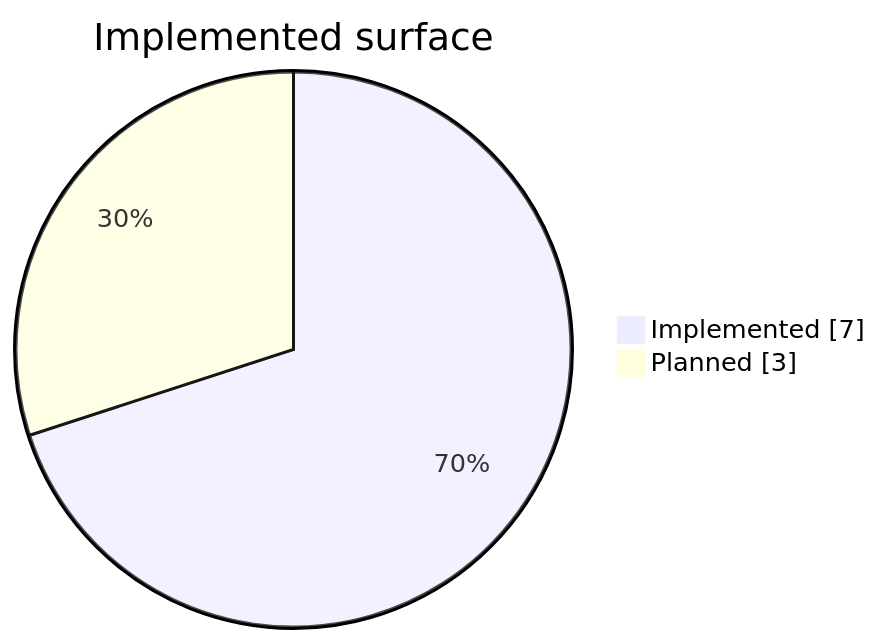
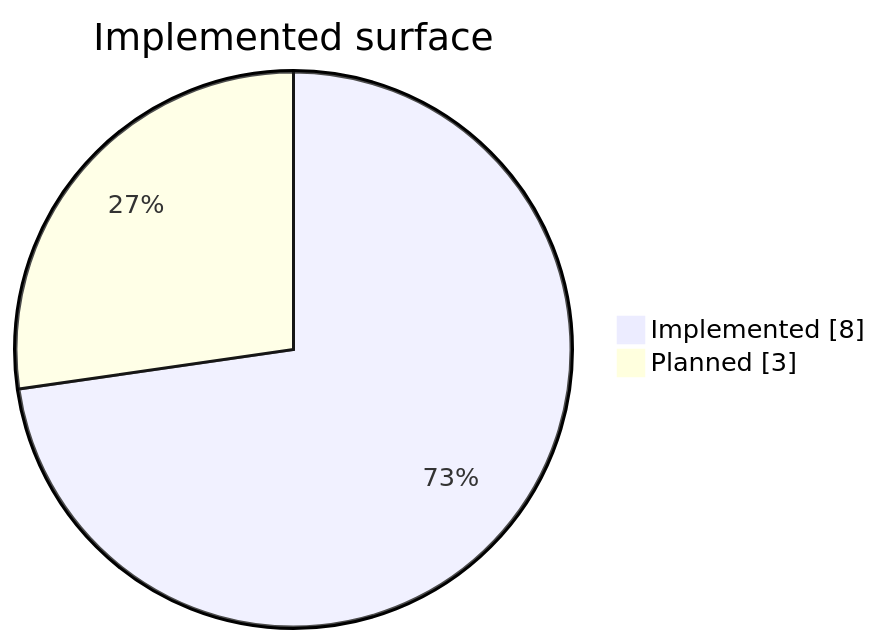
One commit to Armoghans-Organization/Omarchy-Tweaker changed the first of 3 diagrams in docs/index.md. Above: the diagram before and after it, drawn with Mermaid. The commit also changed other lines of this file and 16 other files, not shown here.

````diff
--- a/docs/index.md
+++ b/docs/index.md
@@ -99,6 +100,6 @@
 ```mermaid
 pie showData
     title Implemented surface
-    "Implemented" : 7
+    "Implemented" : 8
     "Planned" : 3
 ```
````
